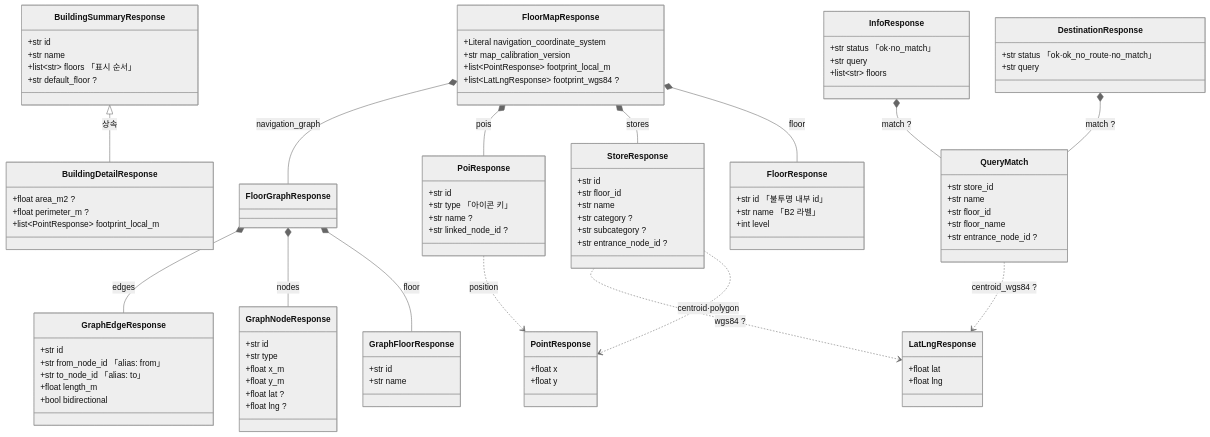
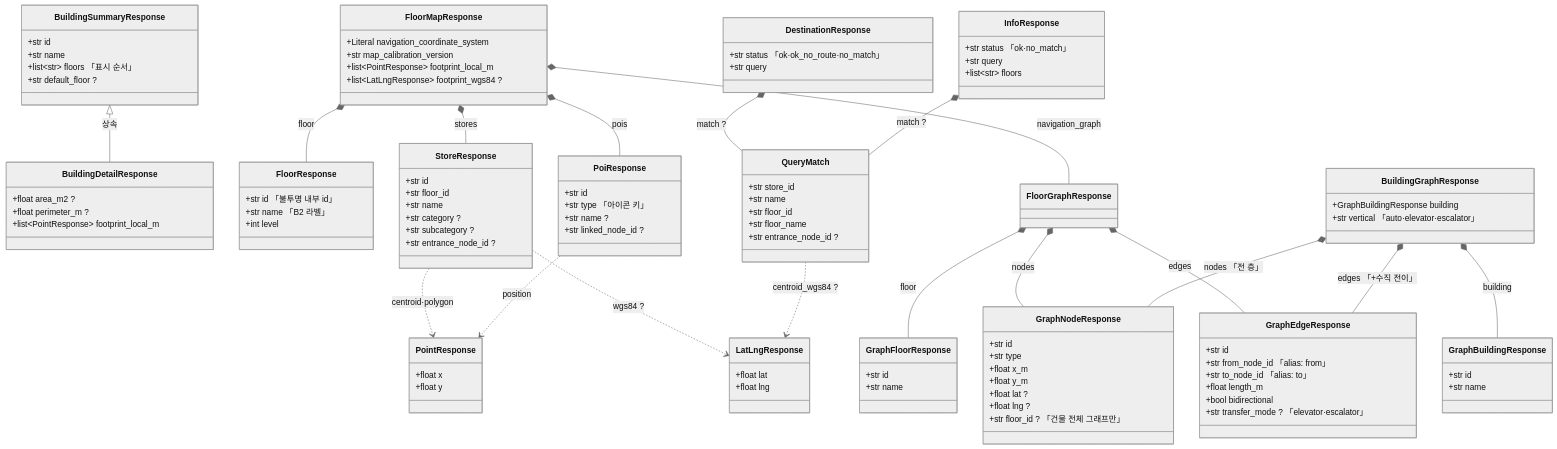
One commit to Routex-labs/Navigation changed the diagram in backend/app/dto/README.md. Above: the diagram before and after it, drawn with Mermaid (neutral theme). The commit also changed other lines of this file and 7 other files, not shown here.

```diff
--- a/backend/app/dto/README.md
+++ b/backend/app/dto/README.md
@@ -73,6 +73,7 @@
         +float y_m
         +float lat ?
         +float lng ?
+        +str floor_id ? 「건물 전체 그래프만」
     }
     class GraphEdgeResponse {
         +str id
@@ -80,6 +81,15 @@
         +str to_node_id 「alias: to」
         +float length_m
         +bool bidirectional
+        +str transfer_mode ? 「elevator·escalator」
+    }
+    class BuildingGraphResponse {
+        +GraphBuildingResponse building
+        +str vertical 「auto·elevator·escalator」
+    }
+    class GraphBuildingResponse {
+        +str id
+        +str name
     }
     class DestinationResponse {
         +str status 「ok·ok_no_route·no_match」
@@ -117,6 +127,10 @@
     FloorGraphResponse *-- GraphNodeResponse : nodes
     FloorGraphResponse *-- GraphEdgeResponse : edges
 
+    BuildingGraphResponse *-- GraphBuildingResponse : building
+    BuildingGraphResponse *-- GraphNodeResponse : nodes 「전 층」
+    BuildingGraphResponse *-- GraphEdgeResponse : edges 「+수직 전이」
+
     DestinationResponse *-- QueryMatch : match ?
     InfoResponse *-- QueryMatch : match ?
 
```
